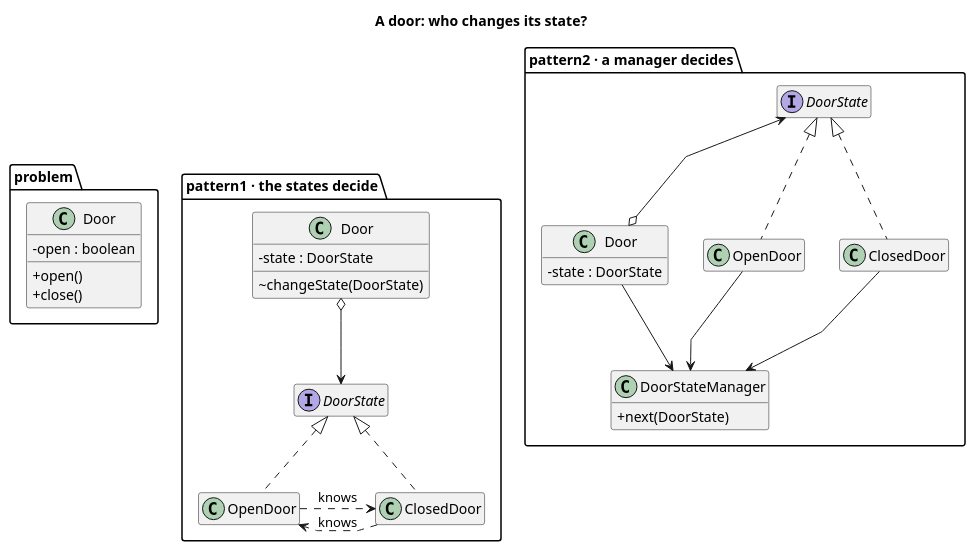
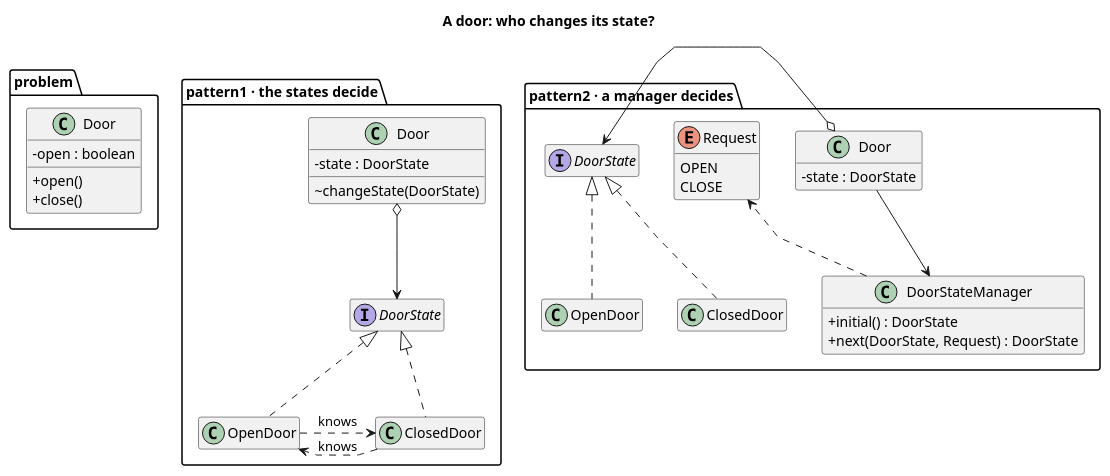
Before and after one commit to kaldiroglu/DesignPatternsWithJava: the diagram in src/main/java/dev/kaldiroglu/dp/behavioral/state/door/uml/State - Door - Class Diagram.puml, drawn with PlantUML. The commit also changed 17 other files, not shown here.

First line of the commit message:
State door: pattern2's manager decides the next state from the state and the request

```diff
--- a/src/main/java/dev/kaldiroglu/dp/behavioral/state/door/uml/State - Door - Class Diagram.puml
+++ b/src/main/java/dev/kaldiroglu/dp/behavioral/state/door/uml/State - Door - Class Diagram.puml
@@ -1,47 +1,51 @@
 @startuml "State - Door - Class Diagram"
 skinparam linetype polyline
 skinparam classAttributeIconSize 0
 hide empty members
 title A door: who changes its state?
 
 package "problem" {
   class "Door" as D0 {
     - open : boolean
     + open()
     + close()
   }
 }
 package "pattern1 · the states decide" {
   class "Door" as D1 {
     - state : DoorState
     ~ changeState(DoorState)
   }
   interface "DoorState" as S1
   class "OpenDoor" as O1
   class "ClosedDoor" as C1
   S1 <|.. O1
   S1 <|.. C1
 }
 package "pattern2 · a manager decides" {
   class "Door" as D2 {
     - state : DoorState
   }
   class DoorStateManager {
-    + next(DoorState)
+    + initial() : DoorState
+    + next(DoorState, Request) : DoorState
+  }
+  enum Request {
+    OPEN
+    CLOSE
   }
   interface "DoorState" as S2
   class "OpenDoor" as O2
   class "ClosedDoor" as C2
   S2 <|.. O2
   S2 <|.. C2
 }
   D1 o--> S1
   O1 .[norank].> C1 : knows
   C1 .[norank].> O1 : knows
   D2 o-[norank]-> S2
   D2 --> DoorStateManager
-  O2 -[norank]-> DoorStateManager
-  C2 --> DoorStateManager
+  DoorStateManager .[norank].> Request
 D0 -[hidden]right- D1
 D1 -[hidden]right- D2
 @enduml
```
